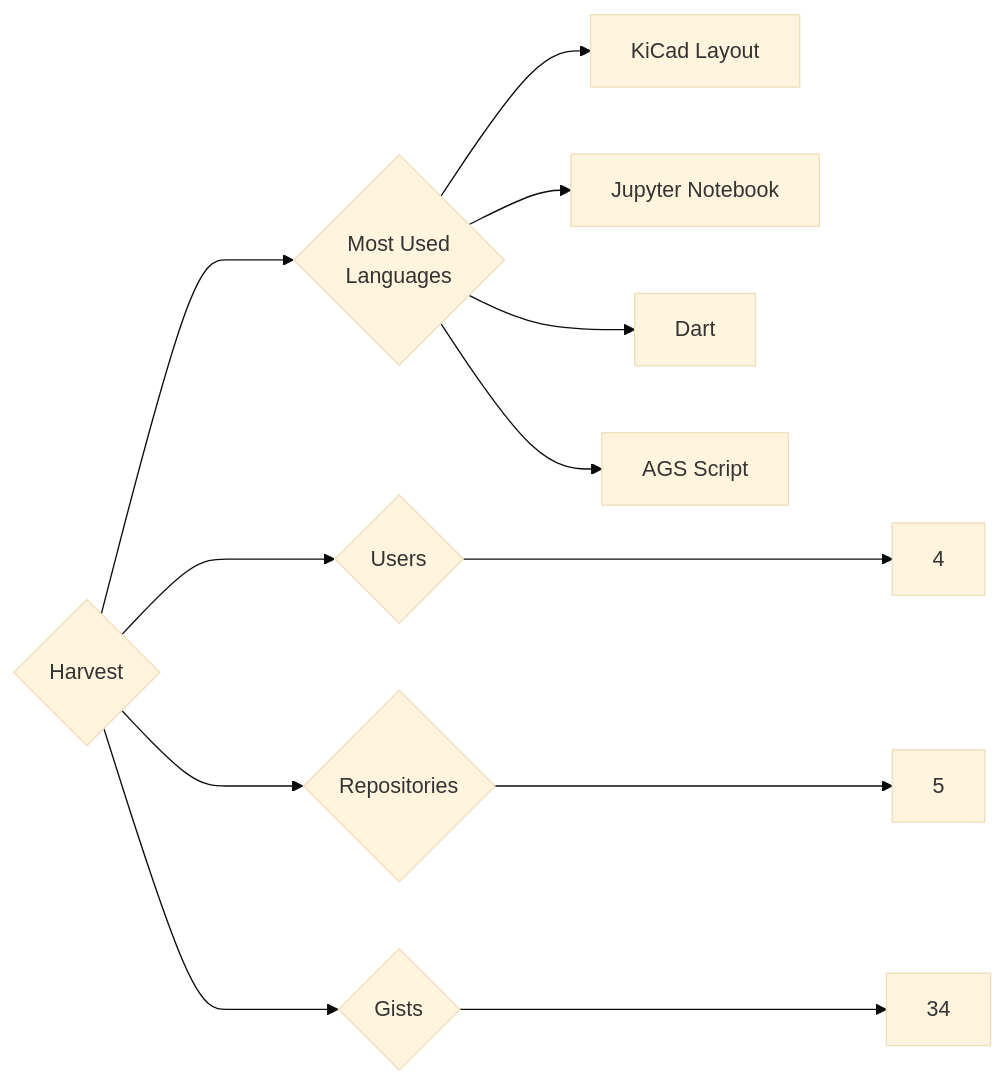
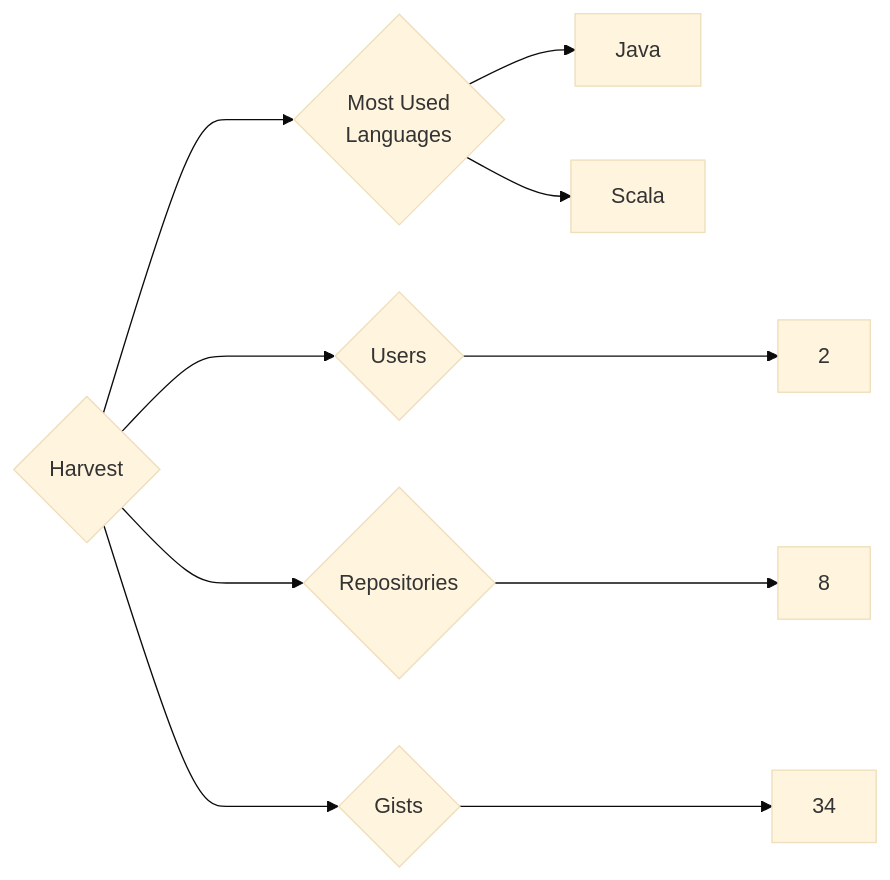
Before and after one commit to trickest/insiders: the diagram in targets/Harvest/README.md, drawn with Mermaid (base theme). The commit also changed 1170 other files, not shown here.

````diff
--- a/targets/Harvest/README.md
+++ b/targets/Harvest/README.md
@@ -3,12 +3,10 @@
 ```mermaid
 graph LR
 COMPANY_NAME{Harvest}
-COMPANY_NAME ---> U{Users} ---> UN[4]
-COMPANY_NAME ---> R{Repositories} ---> RN[5]
+COMPANY_NAME ---> U{Users} ---> UN[2]
+COMPANY_NAME ---> R{Repositories} ---> RN[8]
 COMPANY_NAME ---> G{Gists} ---> GN[34]
 COMPANY_NAME ---> ML{Most Used<br>Languages}
-ML --> KiCad_Layout[KiCad Layout]
-ML --> Jupyter_Notebook[Jupyter Notebook]
-ML --> Dart[Dart]
-ML --> AGS_Script[AGS Script]
+ML --> Java[Java]
+ML --> Scala[Scala]
 ```
````
